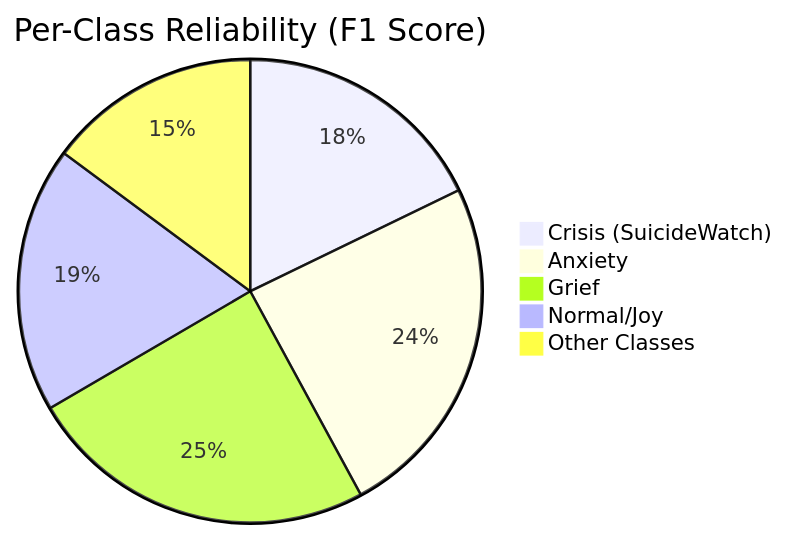
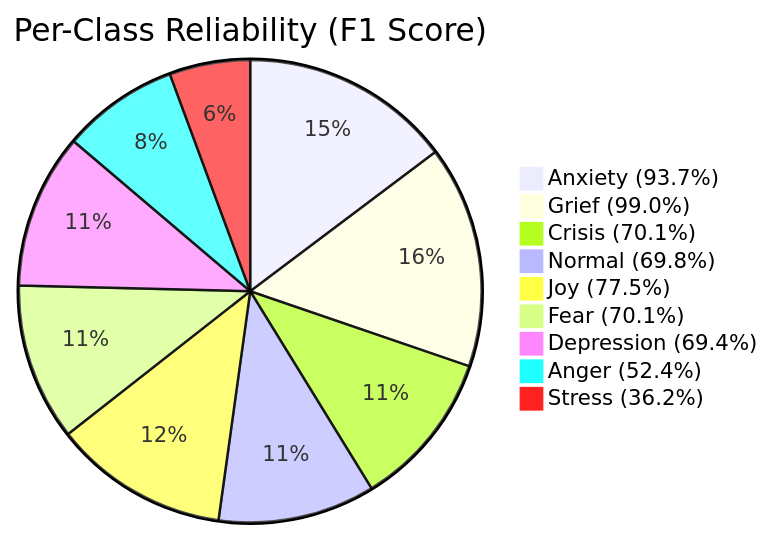
One commit to Ahmad-Abudllah-Ahmad/khizer-fyp- changed the tenth of 15 diagrams in ARCHITECTURE_REPORT.md. Above: the diagram before and after it, drawn with Mermaid. The commit also changed other lines of this file and 14 other files, not shown here.

Commit message:
docs: update architecture report metrics and add premium HTML report

````diff
--- a/ARCHITECTURE_REPORT.md
+++ b/ARCHITECTURE_REPORT.md
@@ -170,8 +170,12 @@
 ```mermaid
 pie title Per-Class Reliability (F1 Score)
-    "Crisis (SuicideWatch)" : 72
-    "Anxiety" : 98
-    "Grief" : 99
-    "Normal/Joy" : 75
-    "Other Classes" : 60
+    "Anxiety (93.7%)" : 94
+    "Grief (99.0%)" : 99
+    "Crisis (70.1%)" : 70
+    "Normal (69.8%)" : 70
+    "Joy (77.5%)" : 78
+    "Fear (70.1%)" : 70
+    "Depression (69.4%)" : 69
+    "Anger (52.4%)" : 52
+    "Stress (36.2%)" : 36
 ```
````
